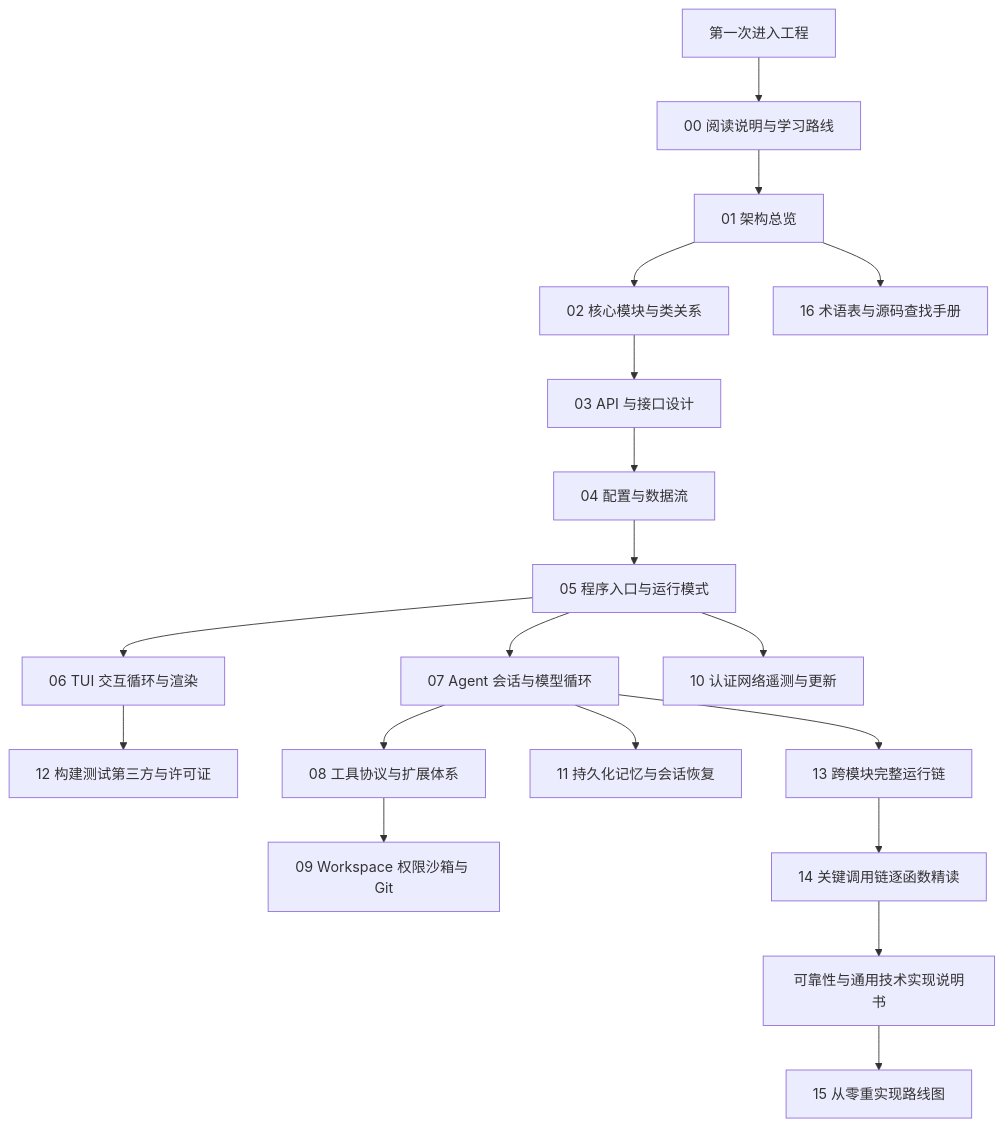
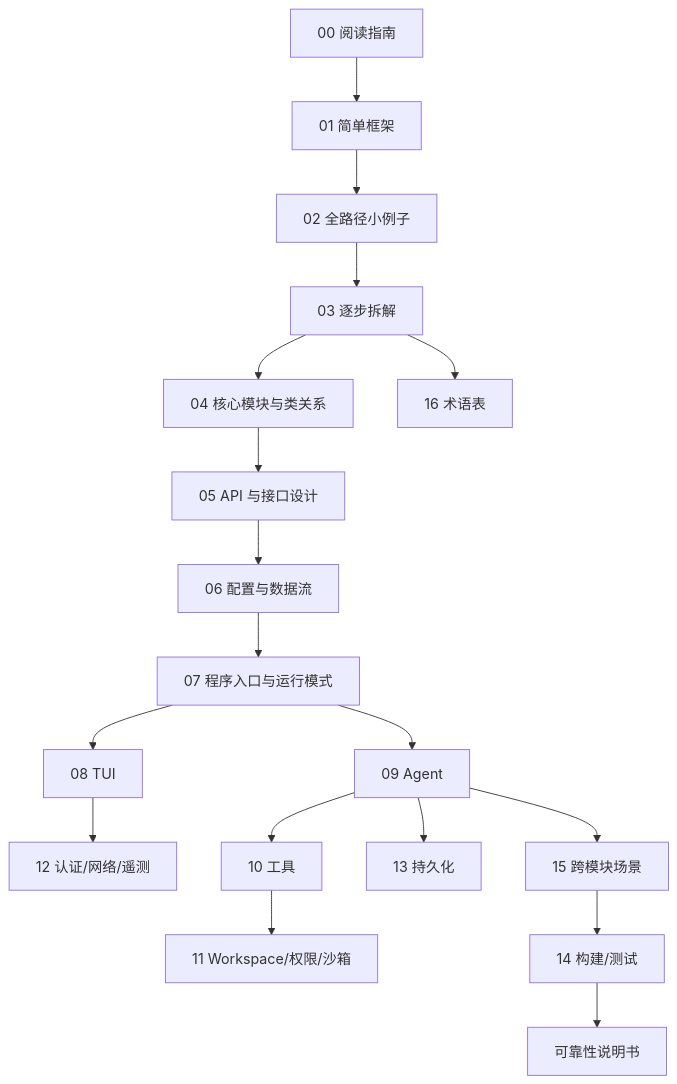
One commit to adrian9778/grok-build changed the first of 2 diagrams in docs/adrian/sourceReader/README.md. Above: the diagram before and after it, drawn with Mermaid. The commit also changed other lines of this file and 46 other files, not shown here.

````diff
--- a/docs/adrian/sourceReader/README.md
+++ b/docs/adrian/sourceReader/README.md
@@ -70,21 +36,20 @@
 ```mermaid
 flowchart TD
-    START["第一次进入工程"] --> GUIDE["00 阅读说明与学习路线"]
-    GUIDE --> ARCH["01 架构总览"]
-    ARCH --> REL["02 核心模块与类关系"]
-    REL --> API["03 API 与接口设计"]
-    API --> DATA["04 配置与数据流"]
-    DATA --> ENTRY["05 程序入口与运行模式"]
-    ENTRY --> TUI["06 TUI 交互循环与渲染"]
-    ENTRY --> AGENT["07 Agent 会话与模型循环"]
-    AGENT --> TOOL["08 工具协议与扩展体系"]
-    TOOL --> WS["09 Workspace 权限沙箱与 Git"]
-    ENTRY --> AUTH["10 认证网络遥测与更新"]
-    AGENT --> PERSIST["11 持久化记忆与会话恢复"]
-    TUI --> BUILD["12 构建测试第三方与许可证"]
-    AGENT --> RUN["13 跨模块完整运行链"]
-    RUN --> TRACE["14 关键调用链逐函数精读"]
-    TRACE --> RELIAB["可靠性与通用技术实现说明书"]
-    RELIAB --> REBUILD["15 从零重实现路线图"]
-    ARCH --> TERMS["16 术语表与源码查找手册"]
+    A["00 阅读指南"] --> B["01 简单框架"]
+    B --> C["02 全路径小例子"]
+    C --> D["03 逐步拆解"]
+    D --> E["04 核心模块与类关系"]
+    E --> F["05 API 与接口设计"]
+    F --> G["06 配置与数据流"]
+    G --> H["07 程序入口与运行模式"]
+    H --> I["08 TUI"]
+    H --> J["09 Agent"]
+    J --> K["10 工具"]
+    K --> L["11 Workspace/权限/沙箱"]
+    J --> M["13 持久化"]
+    I --> N["12 认证/网络/遥测"]
+    J --> O["15 跨模块场景"]
+    O --> P["14 构建/测试"]
+    P --> Q["可靠性说明书"]
+    D --> R["16 术语表"]
 ```
````
